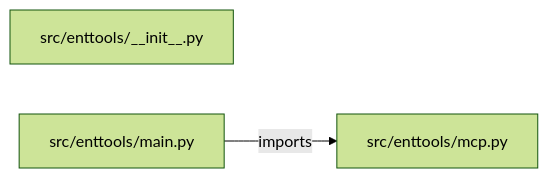
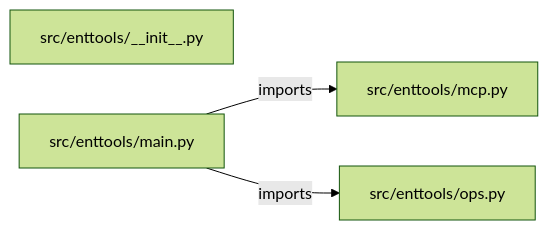
The diagram in PROJECT_ARCHITECTURE.md (iarsingh/enterprise-tool-calling-agent-platform), drawn with Mermaid (forest theme) before and after one commit. The commit also changed other lines of this file and 2 other files, not shown here.

Commit message:
Refresh architecture and interview guides from current implementation

````diff
--- a/PROJECT_ARCHITECTURE.md
+++ b/PROJECT_ARCHITECTURE.md
@@ -13,7 +13,9 @@
 ```mermaid
 flowchart LR
     M0["src/enttools/__init__.py"]
     M1["src/enttools/main.py"]
     M2["src/enttools/mcp.py"]
+    M3["src/enttools/ops.py"]
     M1 -->|imports| M2
+    M1 -->|imports| M3
 ```
````
